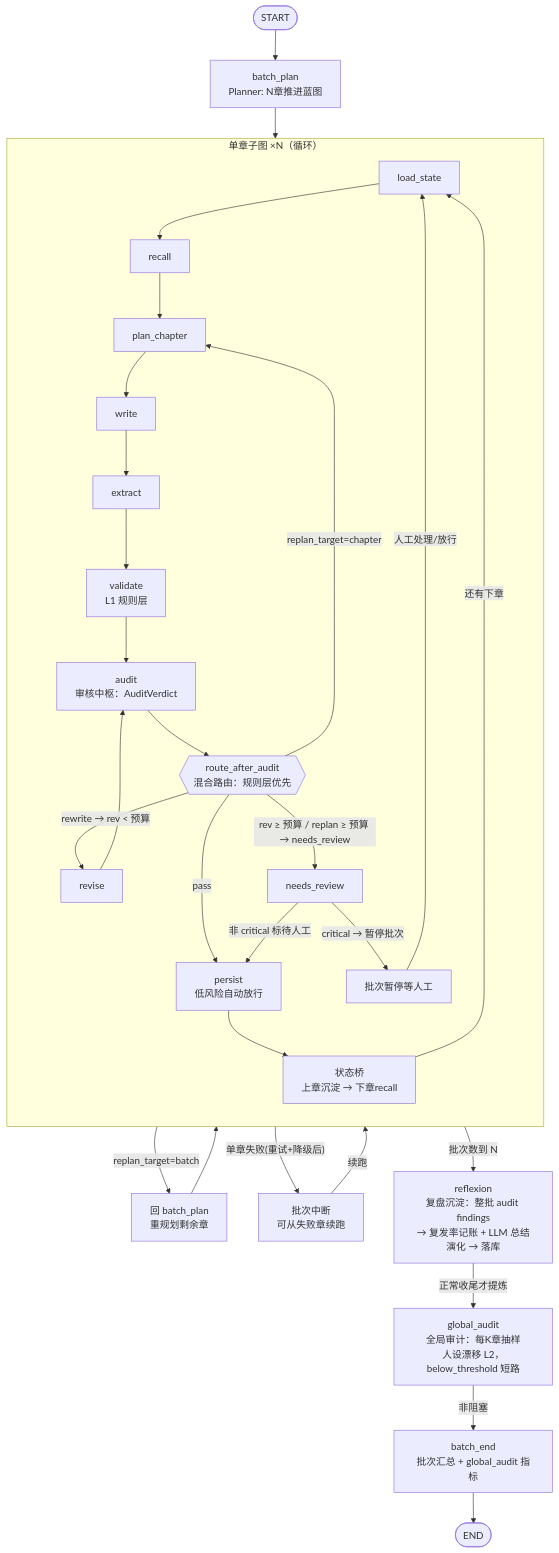
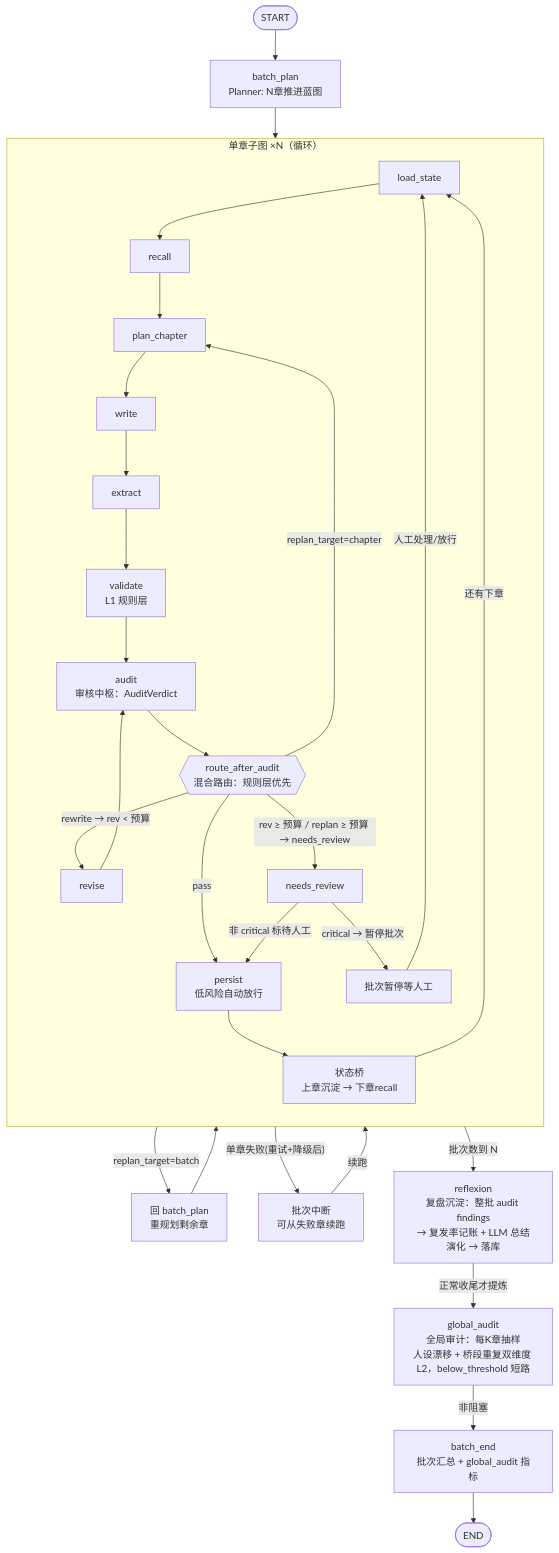
The diagram in spec/state-flow.md (frostloom/Myink), drawn with Mermaid before and after one commit. The commit also changed other lines of this file and 5 other files, not shown here.

````diff
--- a/spec/state-flow.md
+++ b/spec/state-flow.md
@@ -13,34 +13,34 @@
 ```mermaid
 flowchart TD
     START([START]) --> BP[batch_plan<br/>Planner: N章推进蓝图]
     BP --> LS[load_state]
 
     subgraph CHAP["单章子图 ×N（循环）"]
         direction TB
         LS --> RC[recall]
         RC --> PC[plan_chapter]
         PC --> W[write]
         W --> EX[extract]
         EX --> VA[validate<br/>L1 规则层]
         VA --> AU[audit<br/>审核中枢：AuditVerdict]
         AU --> RT{{route_after_audit<br/>混合路由：规则层优先}}
         RT -- "pass" --> PERSIST[persist<br/>低风险自动放行]
         RT -- "rewrite → rev < 预算" --> RV[revise] --> AU
         RT -- "replan_target=chapter" --> PC
         RT -- "rev ≥ 预算 / replan ≥ 预算 → needs_review" --> NR[needs_review]
         NR -- "非 critical 标待人工" --> PERSIST
         NR -- "critical → 暂停批次" --> PAUSE[批次暂停等人工]
         PERSIST --> BRIDGE[状态桥<br/>上章沉淀 → 下章recall]
     end
 
     BRIDGE -- "还有下章" --> LS
     PAUSE -- "人工处理/放行" --> LS
     AU -- "replan_target=batch" --> REBP[回 batch_plan<br/>重规划剩余章]
     REBP --> LS
     BRIDGE -- "单章失败(重试+降级后)" --> FAIL[批次中断<br/>可从失败章续跑]
     FAIL -- "续跑" --> LS
     BRIDGE -- "批次数到 N" --> RF[reflexion<br/>复盘沉淀：整批 audit findings<br/>→ 复发率记账 + LLM 总结演化 → 落库]
-    RF -- "正常收尾才提炼" --> GA[global_audit<br/>全局审计：每K章抽样<br/>人设漂移 L2，below_threshold 短路]
+    RF -- "正常收尾才提炼" --> GA[global_audit<br/>全局审计：每K章抽样<br/>人设漂移 + 桥段重复双维度 L2，below_threshold 短路]
     GA -- "非阻塞" --> BE[batch_end<br/>批次汇总 + global_audit 指标]
     BE --> END([END])
 ```
````
